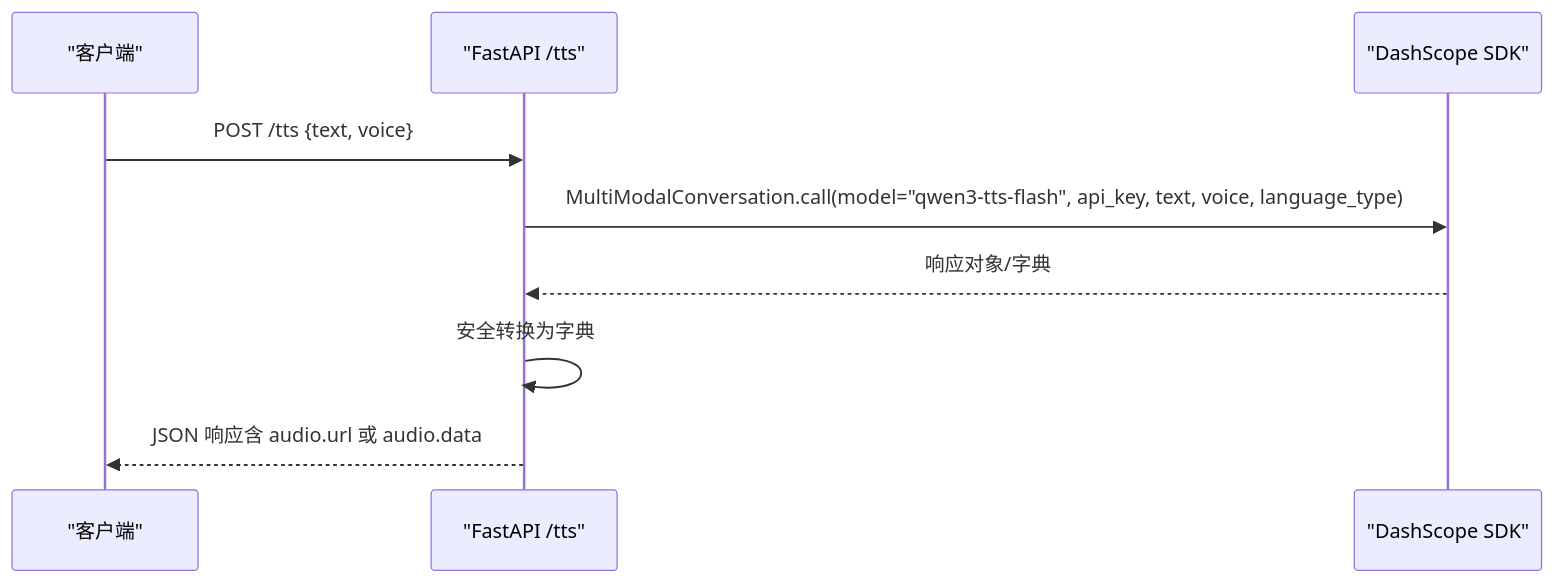
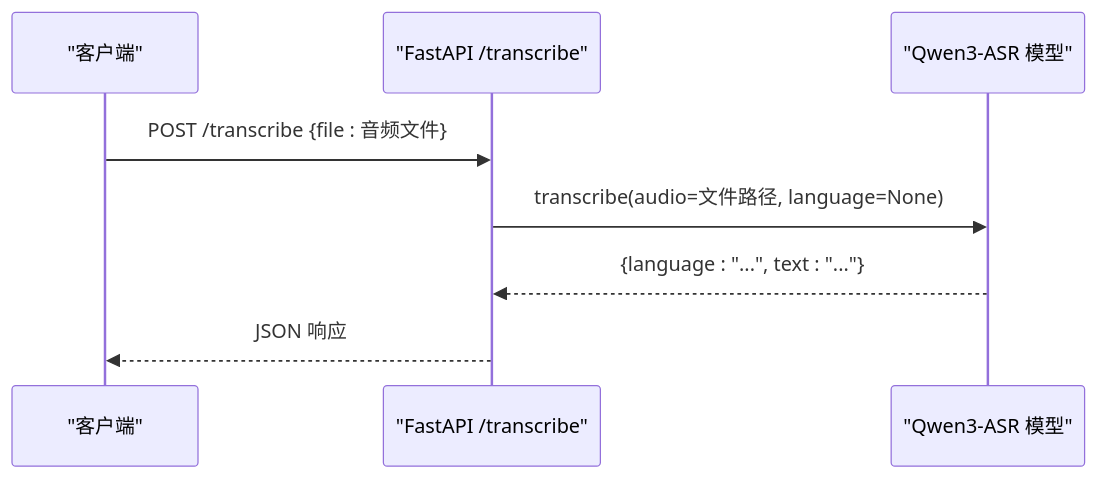
The third of 7 diagrams in .qoder/repowiki/zh/content/语音合成服务/语音合成服务.md (1024dashen/Vue3Speech), drawn with Mermaid before and after one commit. The commit also changed other lines of this file and 6 other files, not shown here.

First line of the commit message:
fix(data): 修正qwen-flash.json中的叙述内容顺序和细节

````diff
--- a/.qoder/repowiki/zh/content/语音合成服务/语音合成服务.md
+++ b/.qoder/repowiki/zh/content/语音合成服务/语音合成服务.md
@@ -149,11 +129,10 @@
 ```mermaid
 sequenceDiagram
 participant Client as "客户端"
-participant API as "FastAPI /tts"
-participant DS as "DashScope SDK"
-Client->>API : POST /tts {text, voice}
-API->>DS : MultiModalConversation.call(model="qwen3-tts-flash", api_key, text, voice, language_type)
-DS-->>API : 响应对象/字典
-API->>API : 安全转换为字典
-API-->>Client : JSON 响应含 audio.url 或 audio.data
+participant API as "FastAPI /transcribe"
+participant ASR as "Qwen3-ASR 模型"
+Client->>API : POST /transcribe {file : 音频文件}
+API->>ASR : transcribe(audio=文件路径, language=None)
+ASR-->>API : {language : "...", text : "..."}
+API-->>Client : JSON 响应
 ```
````
